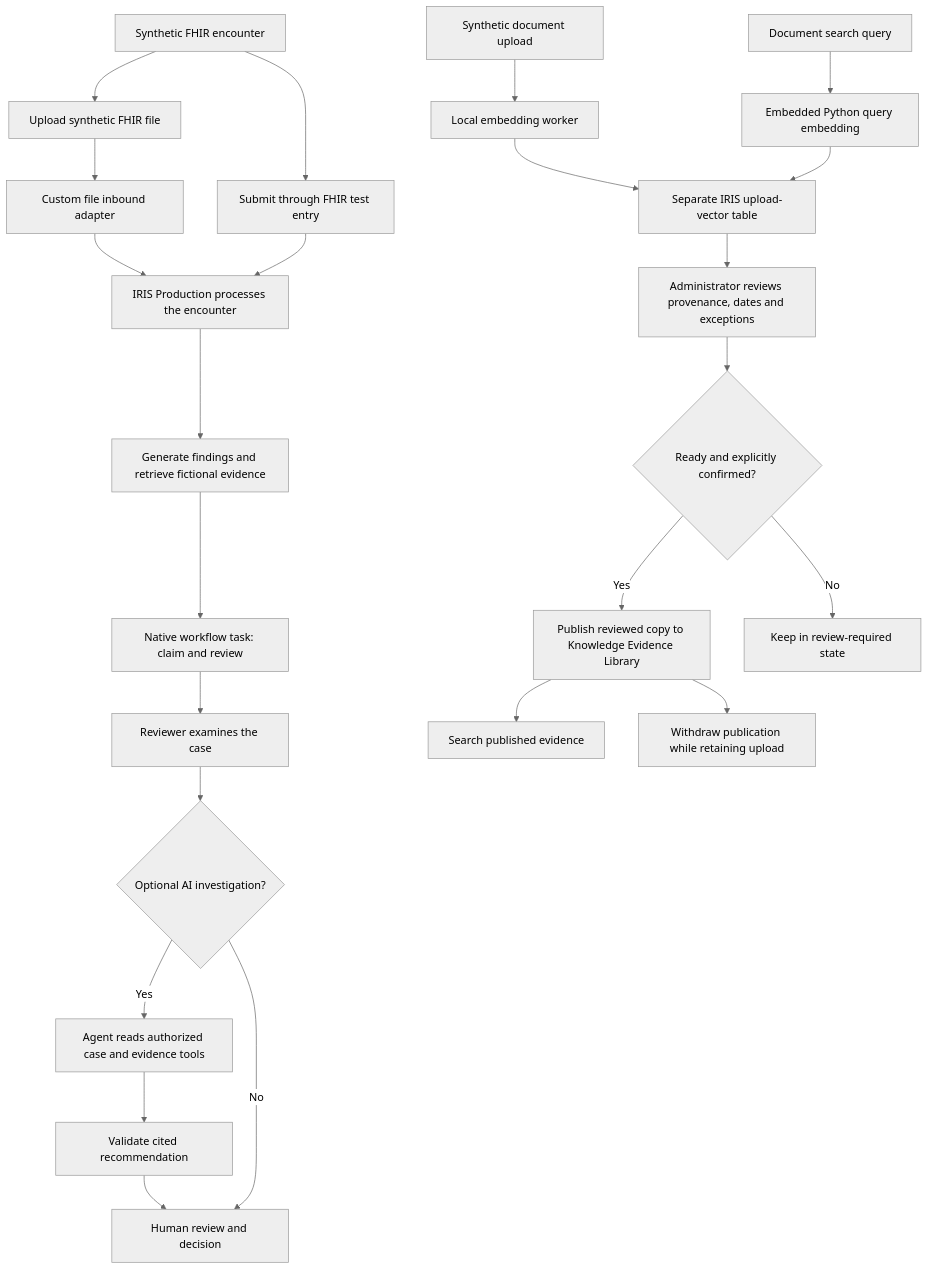
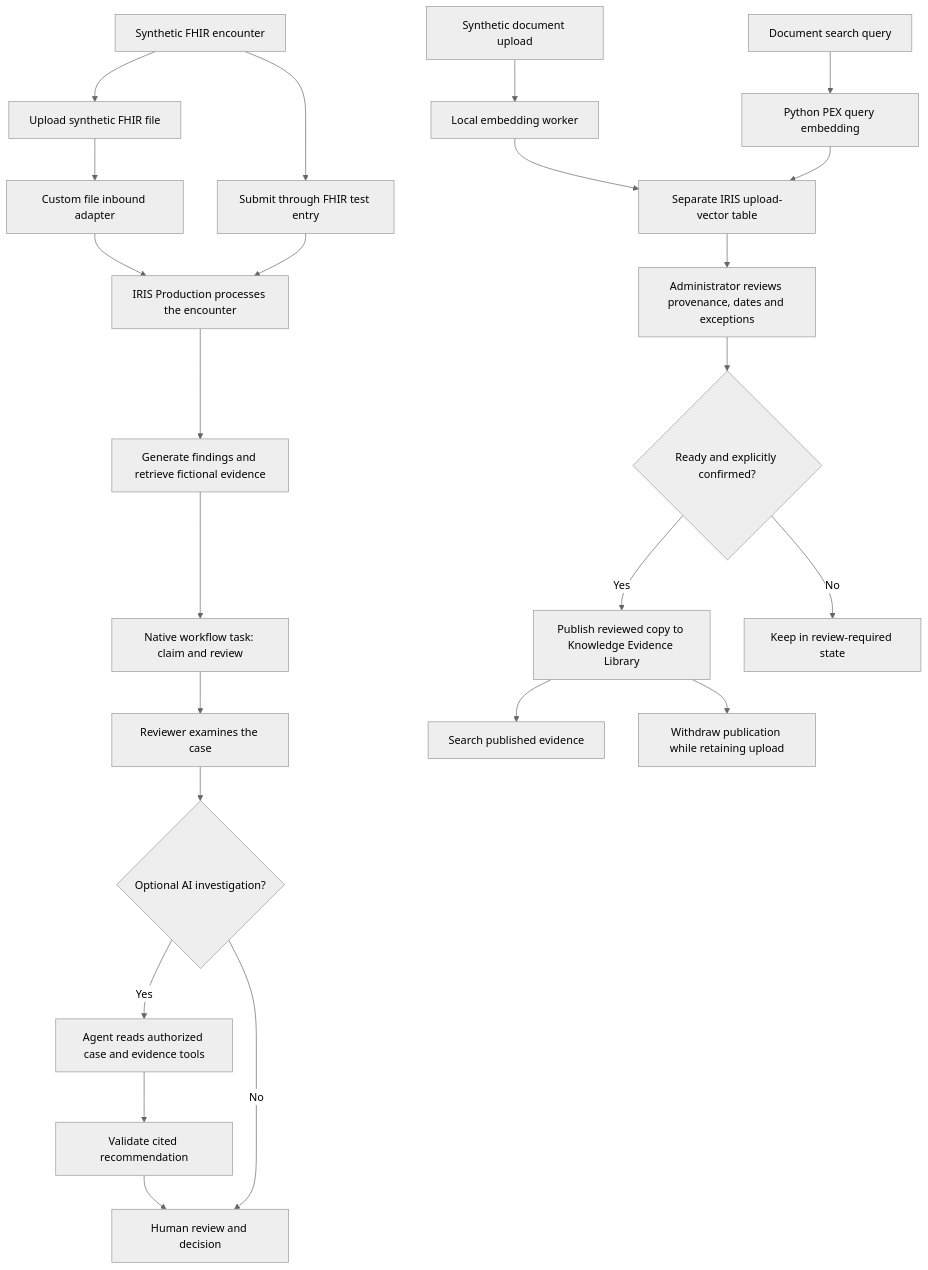
Before and after one commit to boanerges1227/MedicalInsuranceAudit: the first of 2 diagrams in README.md, drawn with Mermaid (neutral theme). The commit also changed other lines of this file and 10 other files, not shown here.

Commit message:
feat: run query embeddings through Python PEX

````diff
--- a/README.md
+++ b/README.md
@@ -50,26 +50,26 @@
 ```mermaid
 flowchart TD
     A[Synthetic FHIR encounter] --> B[Submit through FHIR test entry]
     A --> BF[Upload synthetic FHIR file]
     BF --> AD[Custom file inbound adapter]
     AD --> C[IRIS Production processes the encounter]
     B --> C
     C --> D[Generate findings and retrieve fictional evidence]
     D --> T[Native workflow task: claim and review]
     T --> E[Reviewer examines the case]
     E --> F{Optional AI investigation?}
     F -- Yes --> G[Agent reads authorized case and evidence tools]
     G --> H[Validate cited recommendation]
     H --> I[Human review and decision]
     F -- No --> I
     J[Synthetic document upload] --> K[Local embedding worker]
     K --> L[Separate IRIS upload-vector table]
-    Q[Document search query] --> P[Embedded Python query embedding]
+    Q[Document search query] --> P[Python PEX query embedding]
     P --> L
     L --> M[Administrator reviews provenance, dates and exceptions]
     M --> N{Ready and explicitly confirmed?}
     N -- Yes --> O[Publish reviewed copy to Knowledge Evidence Library]
     N -- No --> R[Keep in review-required state]
     O --> S[Search published evidence]
     O --> W[Withdraw publication while retaining upload]
 ```
````
